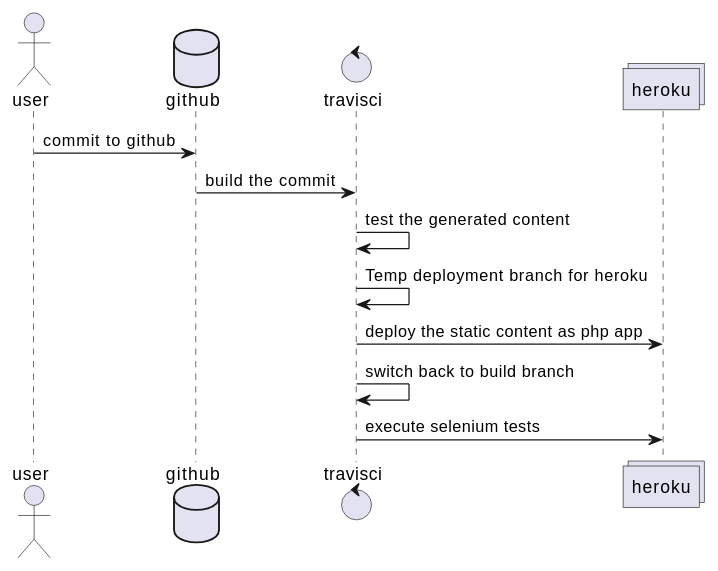
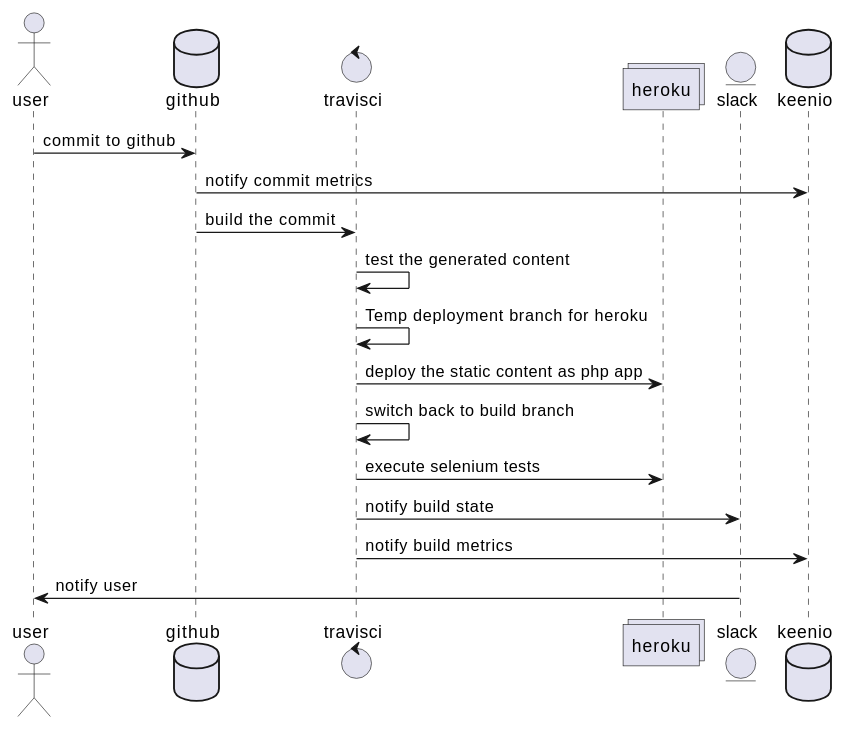
One commit to nolte/jekyll-boilerplate changed the diagram in _posts/2017-09-02-build-process.markdown. Above: the diagram before and after it, drawn with PlantUML. The commit also changed other lines of this file and 21 other files, not shown here.

```diff
--- a/_posts/2017-09-02-build-process.markdown
+++ b/_posts/2017-09-02-build-process.markdown
@@ -10,14 +10,20 @@
 {% plantuml %}
 actor user
 database github
 control travisci
 collections heroku
+entity slack
+database keenio
 
 user -> github : commit to github
+github -> keenio : notify commit metrics
 github -> travisci : build the commit
 travisci -> travisci : test the generated content
 travisci -> travisci : Temp deployment branch for heroku
 travisci -> heroku : deploy the static content as php app
 travisci -> travisci : switch back to build branch
 travisci -> heroku : execute selenium tests
+travisci -> slack : notify build state
+travisci -> keenio : notify build metrics
+slack -> user :  notify user
 {% endplantuml %}
```
